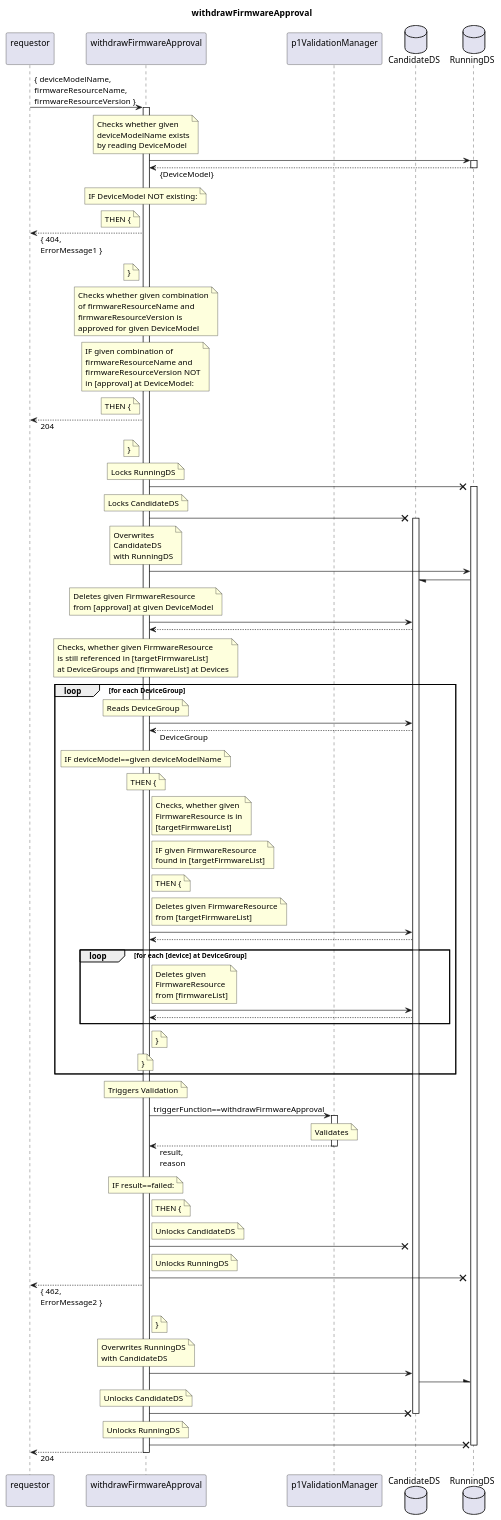
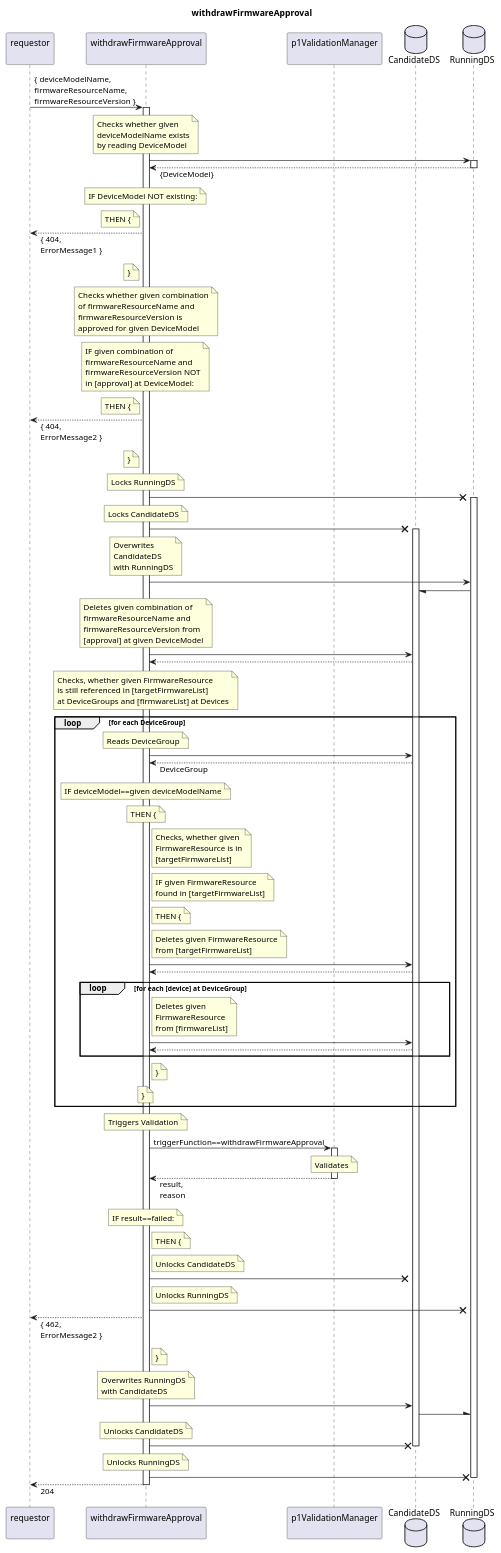
Before and after one commit to openBackhaul/FirmWareManager: the diagram in spec/Services/withdrawFirmwareApproval/1.0.0/withdrawFirmwareApproval.plantuml, drawn with PlantUML. The commit also changed 69 other files, not shown here.

```diff
--- a/spec/Services/withdrawFirmwareApproval/1.0.0/withdrawFirmwareApproval.plantuml
+++ b/spec/Services/withdrawFirmwareApproval/1.0.0/withdrawFirmwareApproval.plantuml
@@ -1,183 +1,185 @@
 @startuml withdrawFirmwareApproval
 skinparam responseMessageBelowArrow true
 
 title
   withdrawFirmwareApproval
 end title
 
 participant "requestor\n" as requestor
 participant "withdrawFirmwareApproval\n" as indServ
 participant "p1ValidationManager\n" as valiMan
 database "CandidateDS" as CanDS
 database "RunningDS" as RunDS
 
 requestor -> indServ: { deviceModelName,\nfirmwareResourceName,\nfirmwareResourceVersion }
 activate indServ
 
   note over indServ
     Checks whether given
     deviceModelName exists
     by reading DeviceModel
   end note
   indServ -> RunDS
   activate RunDS
   indServ <-- RunDS: {DeviceModel}
   deactivate RunDS
   note over indServ
     IF DeviceModel NOT existing:
   end note
   note left indServ
     THEN {
   end note
   requestor <-- indServ: { 404,\nErrorMessage1 }
   note left indServ
     }
   end note
 
   note over indServ
     Checks whether given combination
     of firmwareResourceName and
     firmwareResourceVersion is
     approved for given DeviceModel
   end note
   note over indServ
     IF given combination of
     firmwareResourceName and
     firmwareResourceVersion NOT
     in [approval] at DeviceModel:
   end note
   note left indServ
     THEN {
   end note
-  requestor <-- indServ: 204
+  requestor <-- indServ: { 404,\nErrorMessage2 }
   note left indServ
     }
   end note
 
   note over indServ
     Locks RunningDS
   end note
   indServ -X RunDS
   activate RunDS
   note over indServ
     Locks CandidateDS
   end note
   indServ -X CanDS
   activate CanDS
   note over indServ
     Overwrites
     CandidateDS
     with RunningDS
   end note
   indServ -> RunDS
   RunDS -/ CanDS
 
   note over indServ
-    Deletes given FirmwareResource
-    from [approval] at given DeviceModel
+    Deletes given combination of
+    firmwareResourceName and
+    firmwareResourceVersion from
+    [approval] at given DeviceModel
   end note
   indServ -> CanDS
   indServ <-- CanDS
 
   note over indServ
     Checks, whether given FirmwareResource
     is still referenced in [targetFirmwareList]
     at DeviceGroups and [firmwareList] at Devices
   end note
   loop for each DeviceGroup
     note over indServ
       Reads DeviceGroup
     end note
     indServ -> CanDS
     indServ <-- CanDS: DeviceGroup
     note over indServ
       IF deviceModel==given deviceModelName
     end note
     note over indServ
       THEN {
     end note
     note right indServ
       Checks, whether given
       FirmwareResource is in
       [targetFirmwareList]
     end note
     note right indServ
       IF given FirmwareResource
       found in [targetFirmwareList]
     end note
     note right indServ
       THEN {
     end note
     note right indServ
       Deletes given FirmwareResource
       from [targetFirmwareList]
     end note
     indServ -> CanDS
     indServ <-- CanDS
     loop for each [device] at DeviceGroup
       note right indServ
         Deletes given
         FirmwareResource
         from [firmwareList]
       end note
       indServ -> CanDS
       indServ <-- CanDS
     end loop
     note right indServ
       }
     end note
     note over indServ
       }
     end note
   end loop
 
   note over indServ
     Triggers Validation
   end note
   indServ -> valiMan: triggerFunction==withdrawFirmwareApproval
   activate valiMan
     note over valiMan
       Validates
     end note
   indServ <-- valiMan: result,\nreason
   deactivate valiMan
   note over indServ
     IF result==failed:
   end note
   note right indServ
     THEN {
   end note
   note right indServ
     Unlocks CandidateDS
   end note
   indServ -X CanDS
   note right indServ
     Unlocks RunningDS
   end note
   indServ -X RunDS
   requestor <-- indServ: { 462,\nErrorMessage2 }
   note right indServ
     }
   end note
 
   note over indServ
     Overwrites RunningDS
     with CandidateDS
   end note
   indServ -> CanDS
   CanDS -\ RunDS
   note over indServ
     Unlocks CandidateDS
   end note
   indServ -X CanDS
   deactivate CanDS
   note over indServ
     Unlocks RunningDS
   end note
   indServ -X RunDS
   deactivate RunDS
 
 requestor <-- indServ: 204
 deactivate indServ
 
 @enduml
```
